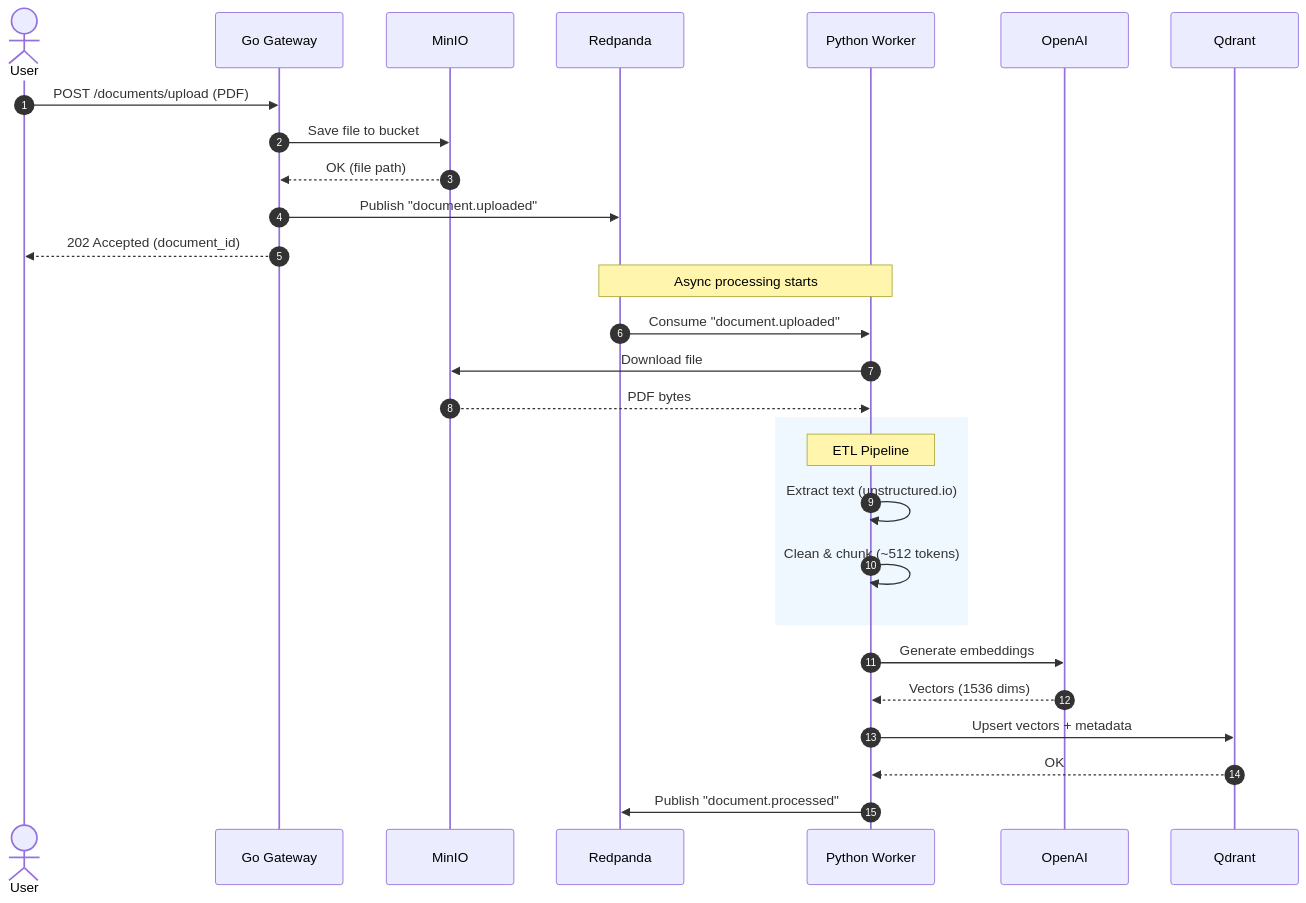
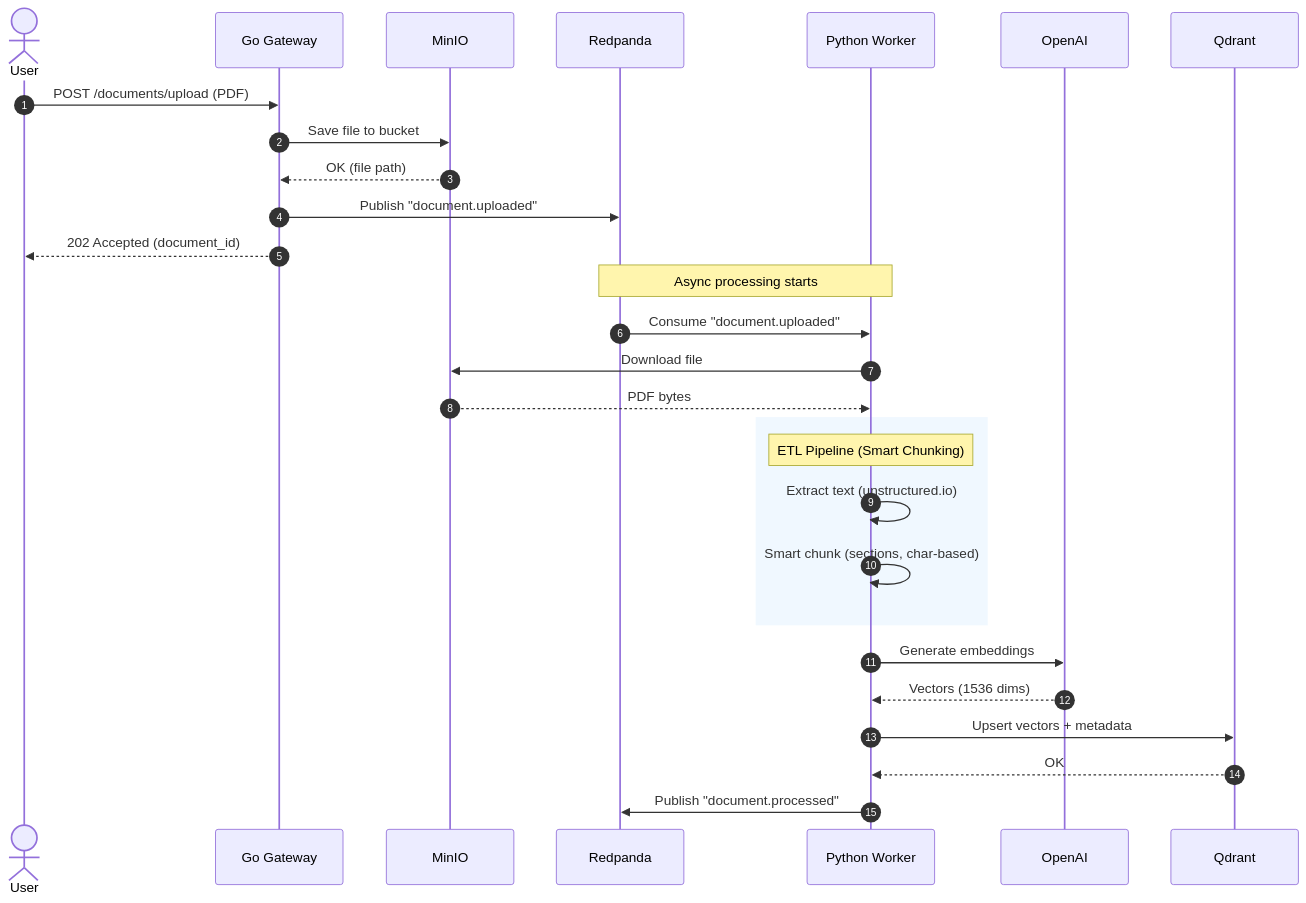
The second of 7 diagrams in docs/architecture.md (samuelferpim/sp-rag), drawn with Mermaid before and after one commit. The commit also changed other lines of this file and 9 other files, not shown here.

Commit message:
feat: enhance API response with grounding and timing details, update documentation and architecture diagrams

````diff
--- a/docs/architecture.md
+++ b/docs/architecture.md
@@ -55,35 +55,35 @@
 ```mermaid
 sequenceDiagram
     autonumber
     actor User
     participant Go as Go Gateway
     participant S3 as MinIO
     participant MQ as Redpanda
     participant Py as Python Worker
     participant AI as OpenAI
     participant VDB as Qdrant
 
     User->>Go: POST /documents/upload (PDF)
     Go->>S3: Save file to bucket
     S3-->>Go: OK (file path)
     Go->>MQ: Publish "document.uploaded"
     Go-->>User: 202 Accepted (document_id)
 
     Note over MQ,Py: Async processing starts
 
     MQ->>Py: Consume "document.uploaded"
     Py->>S3: Download file
     S3-->>Py: PDF bytes
 
     rect rgb(240, 248, 255)
-        Note over Py: ETL Pipeline
+        Note over Py: ETL Pipeline (Smart Chunking)
         Py->>Py: Extract text (unstructured.io)
-        Py->>Py: Clean & chunk (~512 tokens)
+        Py->>Py: Smart chunk (sections, char-based)
     end
 
     Py->>AI: Generate embeddings
     AI-->>Py: Vectors (1536 dims)
     Py->>VDB: Upsert vectors + metadata
     VDB-->>Py: OK
     Py->>MQ: Publish "document.processed"
 ```
````
